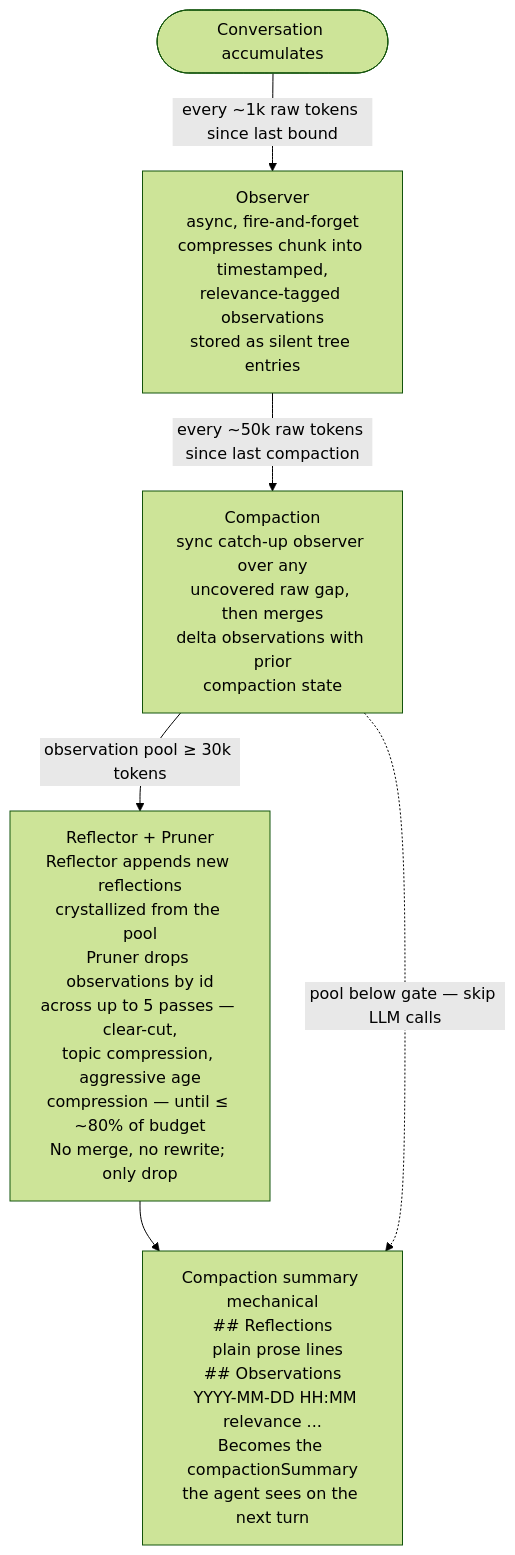
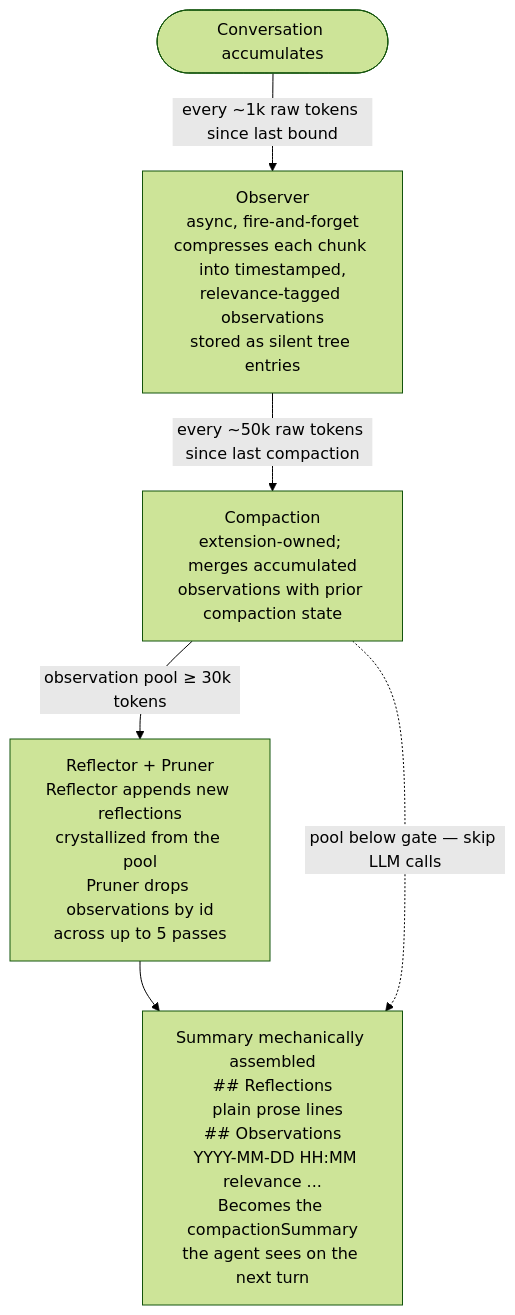
One commit to elpapi42/pi-observational-memory changed the diagram in README.md. Above: the diagram before and after it, drawn with Mermaid (forest theme). The commit also changed other lines of this file and 3 other files, not shown here.

````diff
--- a/README.md
+++ b/README.md
@@ -51,14 +71,14 @@
 ```mermaid
 flowchart TD
     Conv([Conversation accumulates])
-    Obs[Observer<br/>async, fire-and-forget<br/>compresses chunk into timestamped,<br/>relevance-tagged observations<br/>stored as silent tree entries]
-    Comp[Compaction<br/>sync catch-up observer over any<br/>uncovered raw gap, then merges<br/>delta observations with prior<br/>compaction state]
-    RP[Reflector + Pruner<br/>Reflector appends new reflections<br/>crystallized from the pool<br/>Pruner drops observations by id<br/>across up to 5 passes — clear-cut,<br/>topic compression, aggressive age<br/>compression — until ≤ ~80% of budget<br/>No merge, no rewrite; only drop]
-    Sum[Compaction summary mechanical<br/>## Reflections<br/>&nbsp;&nbsp;plain prose lines<br/>## Observations<br/>&nbsp;&nbsp;YYYY-MM-DD HH:MM relevance ...<br/>Becomes the compactionSummary<br/>the agent sees on the next turn]
+    Obs[Observer<br/>async, fire-and-forget<br/>compresses each chunk into timestamped,<br/>relevance-tagged observations<br/>stored as silent tree entries]
+    Comp[Compaction<br/>extension-owned; merges accumulated<br/>observations with prior compaction state]
+    RP[Reflector + Pruner<br/>Reflector appends new reflections<br/>crystallized from the pool<br/>Pruner drops observations by id<br/>across up to 5 passes]
+    Sum[Summary mechanically assembled<br/>## Reflections<br/>&nbsp;&nbsp;plain prose lines<br/>## Observations<br/>&nbsp;&nbsp;YYYY-MM-DD HH:MM relevance ...<br/>Becomes the compactionSummary<br/>the agent sees on the next turn]
 
     Conv -->|every ~1k raw tokens since last bound| Obs
     Obs -->|every ~50k raw tokens since last compaction| Comp
     Comp -->|observation pool ≥ 30k tokens| RP
     RP --> Sum
     Comp -.->|pool below gate — skip LLM calls| Sum
 ```
````
